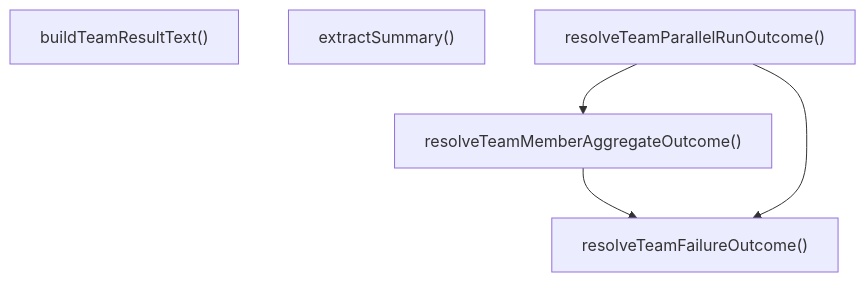
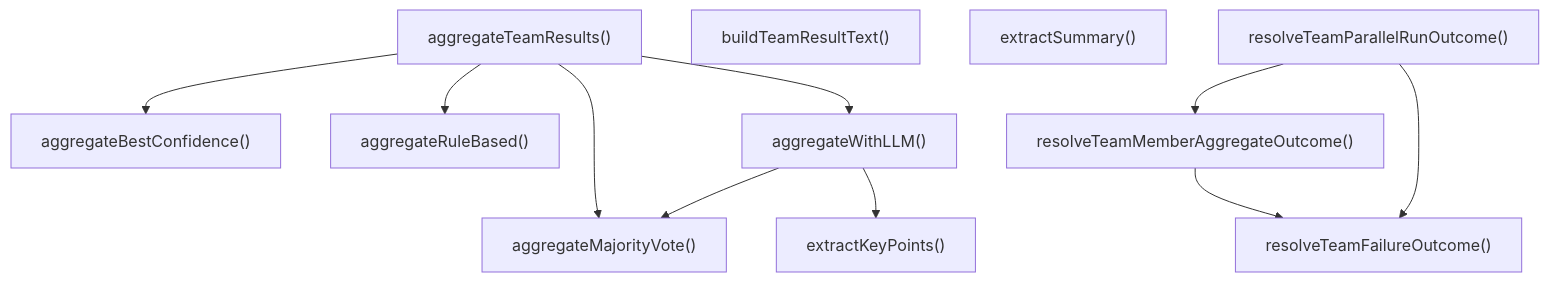
The second of 3 diagrams in ABDD/.pi/extensions/agent-teams/result-aggregation.md (Mekann2904/mekann), drawn with Mermaid before and after one commit. The commit also changed other lines of this file and 257 other files, not shown here.

````diff
--- a/ABDD/.pi/extensions/agent-teams/result-aggregation.md
+++ b/ABDD/.pi/extensions/agent-teams/result-aggregation.md
@@ -55,11 +58,23 @@
 ```mermaid
 flowchart TD
+  aggregateBestConfidence["aggregateBestConfidence()"]
+  aggregateMajorityVote["aggregateMajorityVote()"]
+  aggregateRuleBased["aggregateRuleBased()"]
+  aggregateTeamResults["aggregateTeamResults()"]
+  aggregateWithLLM["aggregateWithLLM()"]
   buildTeamResultText["buildTeamResultText()"]
+  extractKeyPoints["extractKeyPoints()"]
   extractSummary["extractSummary()"]
   resolveTeamFailureOutcome["resolveTeamFailureOutcome()"]
   resolveTeamMemberAggregateOutcome["resolveTeamMemberAggregateOutcome()"]
   resolveTeamParallelRunOutcome["resolveTeamParallelRunOutcome()"]
+  aggregateTeamResults --> aggregateBestConfidence
+  aggregateTeamResults --> aggregateMajorityVote
+  aggregateTeamResults --> aggregateRuleBased
+  aggregateTeamResults --> aggregateWithLLM
+  aggregateWithLLM --> aggregateMajorityVote
+  aggregateWithLLM --> extractKeyPoints
   resolveTeamMemberAggregateOutcome --> resolveTeamFailureOutcome
   resolveTeamParallelRunOutcome --> resolveTeamFailureOutcome
   resolveTeamParallelRunOutcome --> resolveTeamMemberAggregateOutcome
 ```
````
